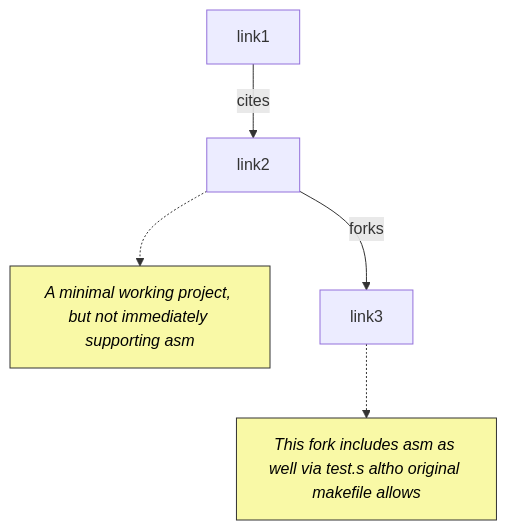
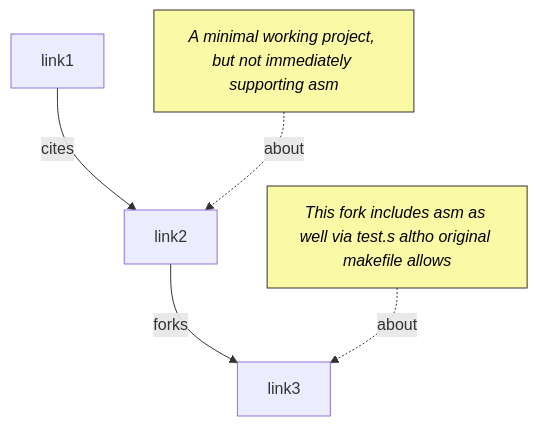
One commit to dism-exe/dism-exe-notes changed the second of 2 diagrams in lan/tasks/001 Turn EWRAM and ROM Structs into C Structs and embed into type for gdb memory manipulation.md. Above: the diagram before and after it, drawn with Mermaid. The commit also changed other lines of this file and 19 other files, not shown here.

````diff
--- a/lan/tasks/001 Turn EWRAM and ROM Structs into C Structs and embed into type for gdb memory manipulation.md
+++ b/lan/tasks/001 Turn EWRAM and ROM Structs into C Structs and embed into type for gdb memory manipulation.md
@@ -860,20 +1229,20 @@
 ```mermaid
 graph TD
 
 %% Nodes
 A1[link1]
 A2[link2]
 N2_1[A minimal working project, but not immediately supporting asm]:::note
 A3[link3]
 N3_1[This fork includes asm as well via test.s altho original makefile allows]:::note
 
 %% Settings
 classDef note fill:#f9f9a6,stroke:#333,stroke-width:1px,color:#000,font-style:italic;
 
 %% Connections
 A1 --> |cites| A2
 A2 --> |forks| A3
 
-A2 -.-> N2_1
-A3 -.-> N3_1
+N3_1 -.-> |about| A3
+N2_1 -.-> |about| A2
 ```
````
